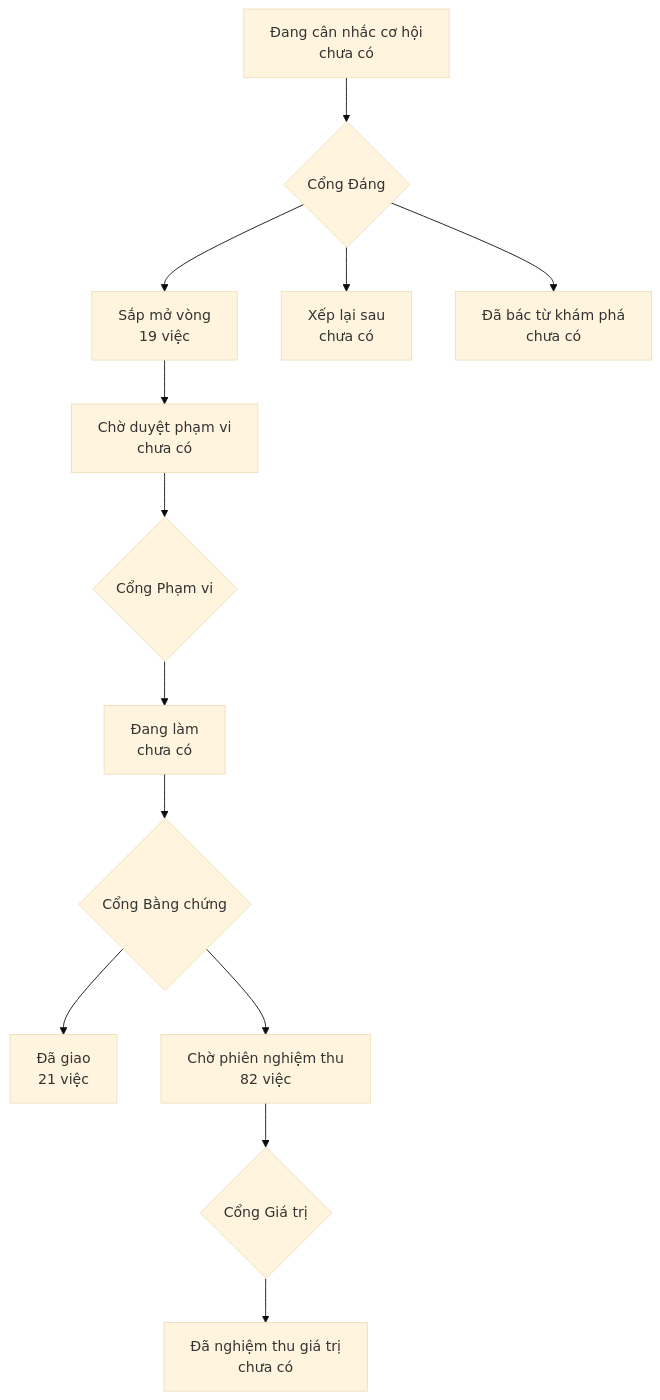
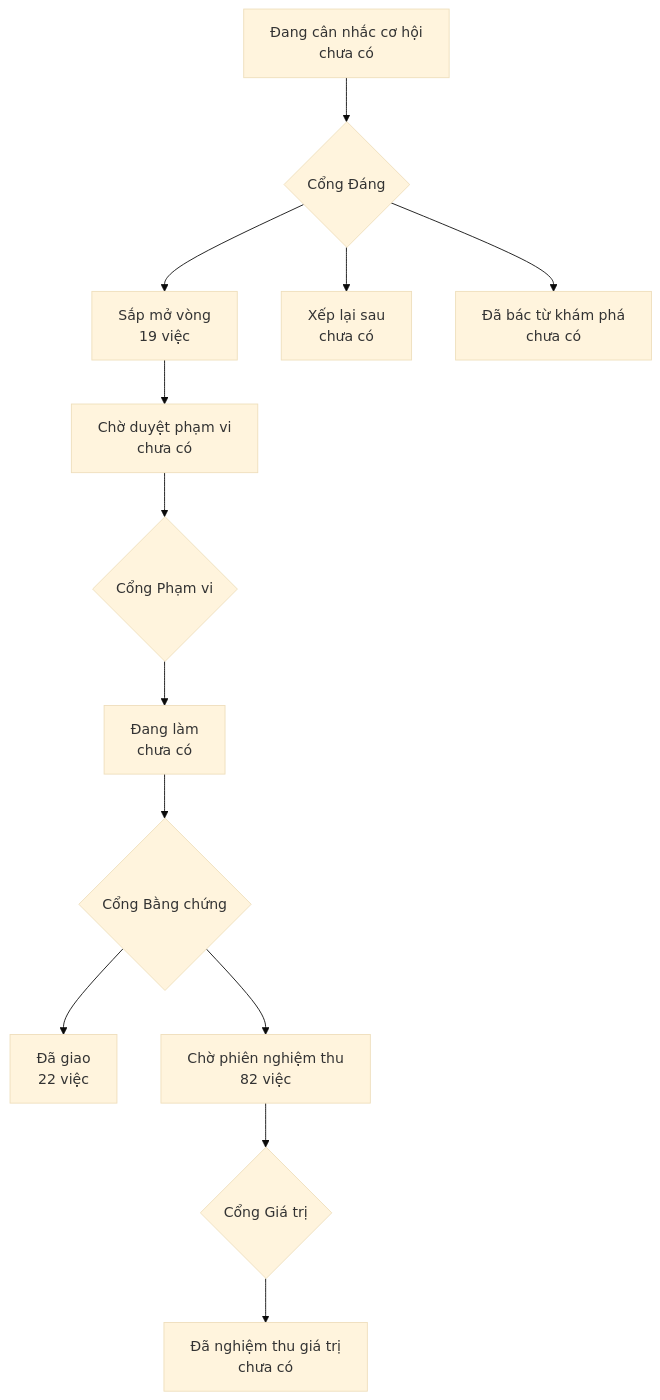
The diagram in PRODUCT-MAP.md (phanlemanh/onehub-quy-hang), drawn with Mermaid (base theme) before and after one commit. The commit also changed other lines of this file and 1 other file, not shown here.

Commit message:
chore: vẽ lại bản đồ sản phẩm và lộ trình sau khi gộp main

````diff
--- a/PRODUCT-MAP.md
+++ b/PRODUCT-MAP.md
@@ -7,12 +7,12 @@
 ```mermaid
 flowchart TD
   A["Đang cân nhắc cơ hội<br/>chưa có"] --> GD{"Cổng Đáng"}
   GD --> B["Sắp mở vòng<br/>19 việc"]
   GD --> XL["Xếp lại sau<br/>chưa có"]
   GD --> DB["Đã bác từ khám phá<br/>chưa có"]
   B --> CD["Chờ duyệt phạm vi<br/>chưa có"] --> GP{"Cổng Phạm vi"}
   GP --> DL["Đang làm<br/>chưa có"] --> GB{"Cổng Bằng chứng"}
-  GB --> DG["Đã giao<br/>21 việc"]
+  GB --> DG["Đã giao<br/>22 việc"]
   GB --> CN["Chờ phiên nghiệm thu<br/>82 việc"] --> GG{"Cổng Giá trị"}
   GG --> NT["Đã nghiệm thu giá trị<br/>chưa có"]
 ```
````
